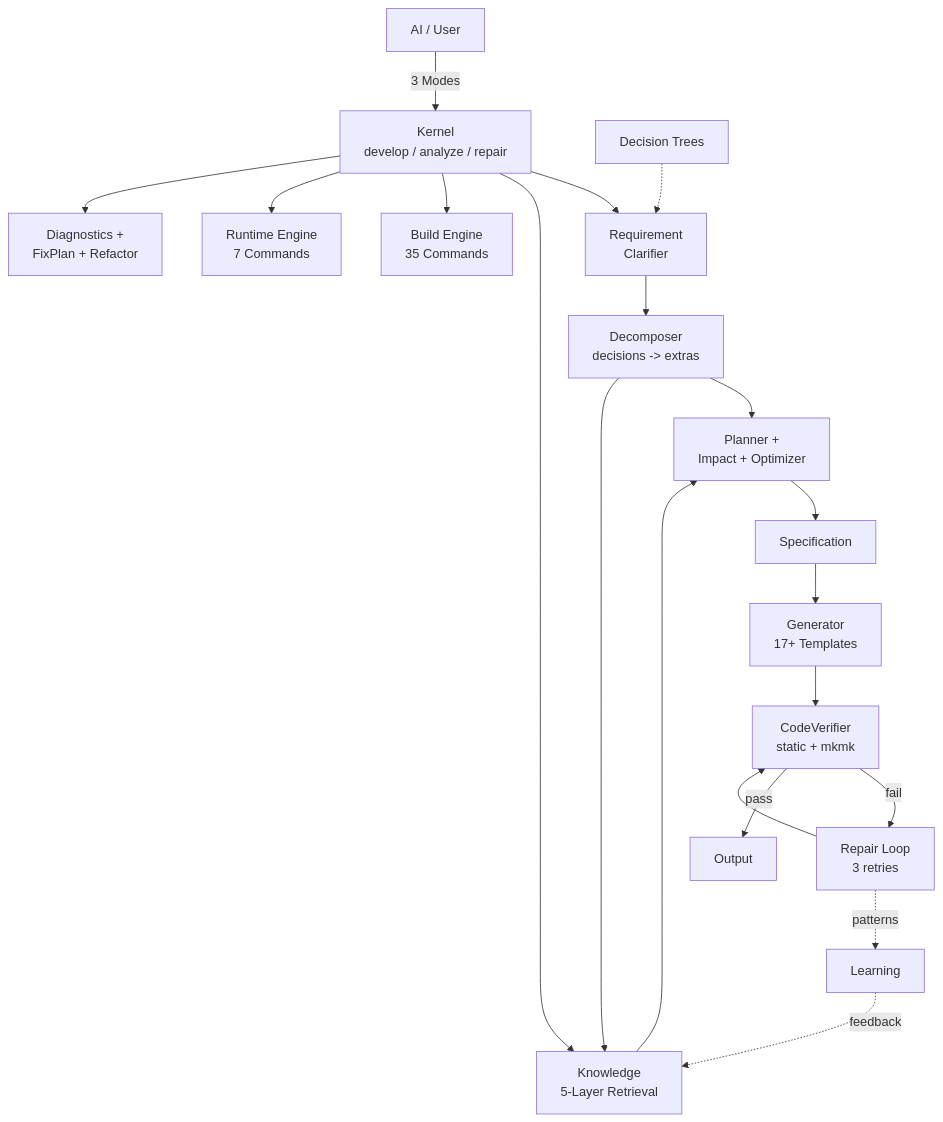
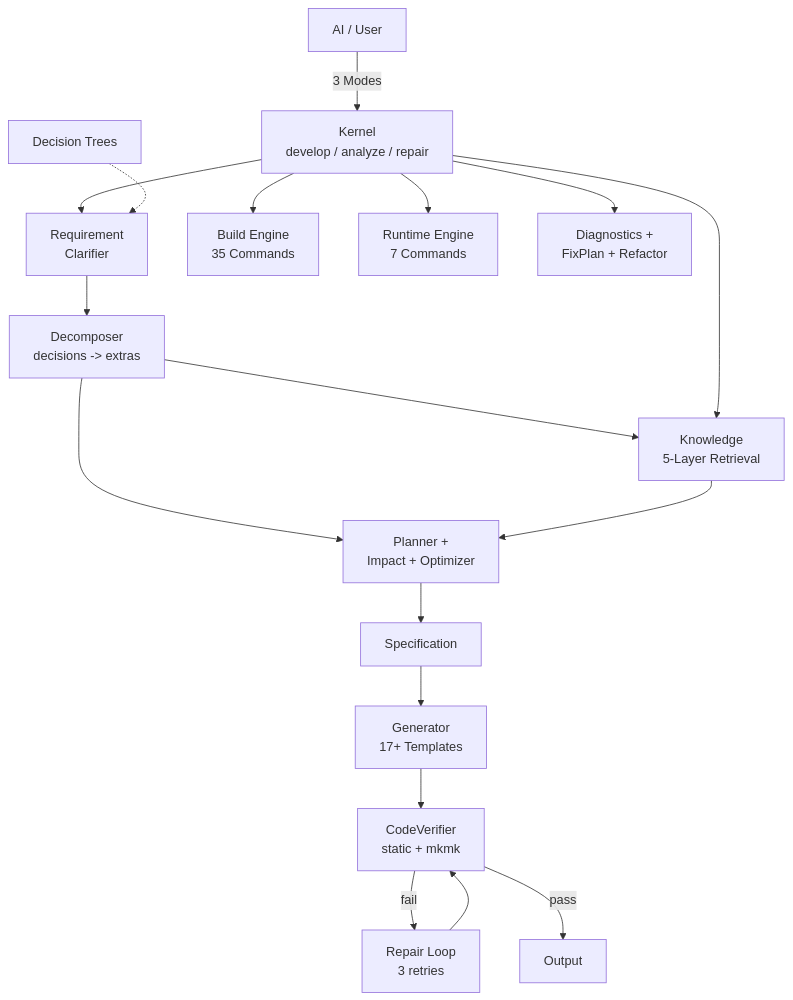
One commit to chenlei-gh/CADE changed the diagram in README.md. Above: the diagram before and after it, drawn with Mermaid. The commit also changed other lines of this file and 7 other files, not shown here.

````diff
--- a/README.md
+++ b/README.md
@@ -311,25 +310,22 @@
 ```mermaid
 graph TD
     U[AI / User] -->|3 Modes| K[Kernel<br/>develop / analyze / repair]
     K --> R[Requirement<br/>Clarifier]
     D[Decision Trees] -.-> R
     R --> E[Decomposer<br/>decisions -> extras]
     E --> I[Planner +<br/>Impact + Optimizer]
     E --> Q[Knowledge<br/>5-Layer Retrieval]
     I --> S[Specification]
     S --> G[Generator<br/>17+ Templates]
     G --> V[CodeVerifier<br/>static + mkmk]
     V -->|fail| P[Repair Loop<br/>3 retries]
     P --> V
     V -->|pass| O[Output]
 
     K --> Q
     Q --> I
 
     K --> B[Build Engine<br/>35 Commands]
     K --> X[Runtime Engine<br/>7 Commands]
     K --> Z[Diagnostics +<br/>FixPlan + Refactor]
-
-    L[Learning] -.->|feedback| Q
-    P -.->|patterns| L
 ```
````
